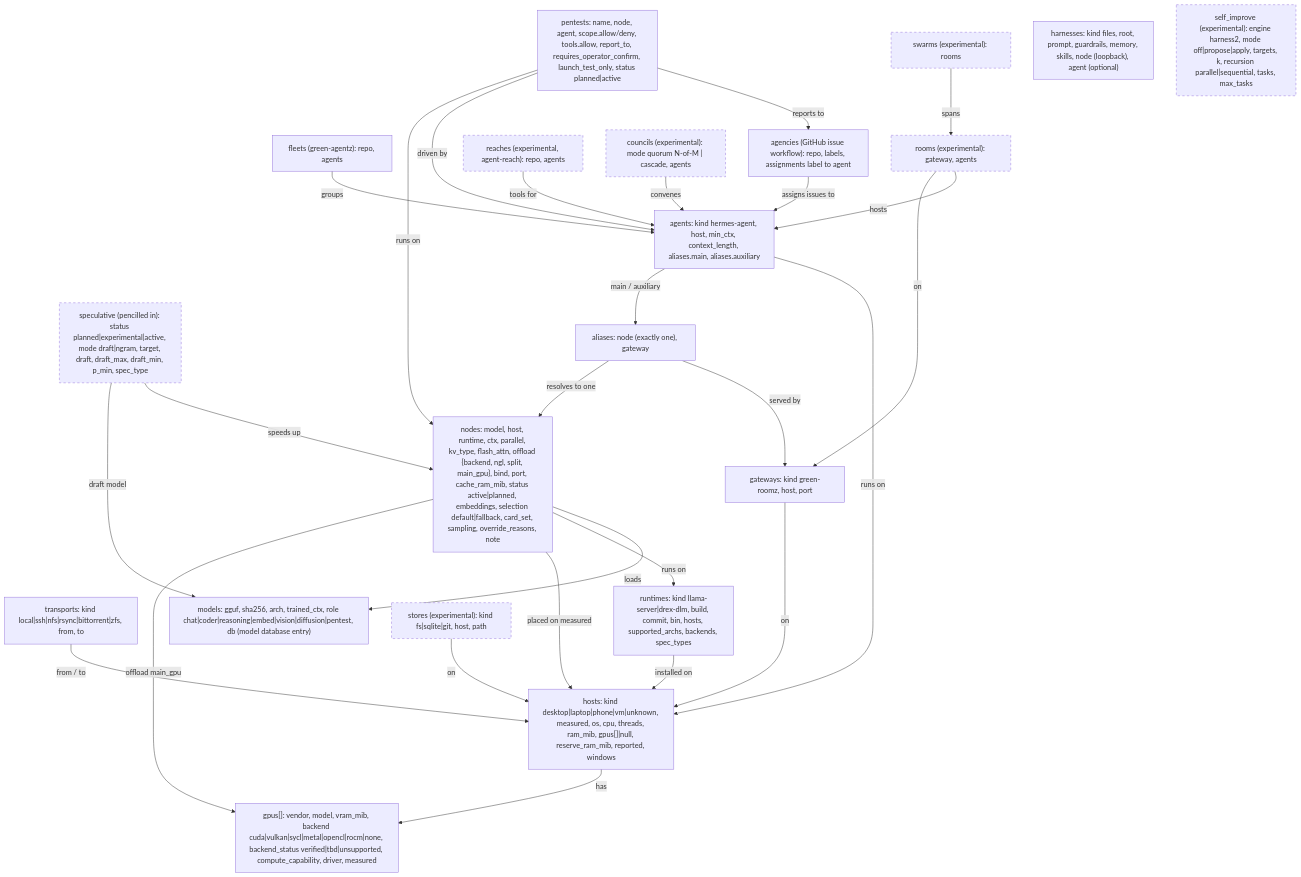
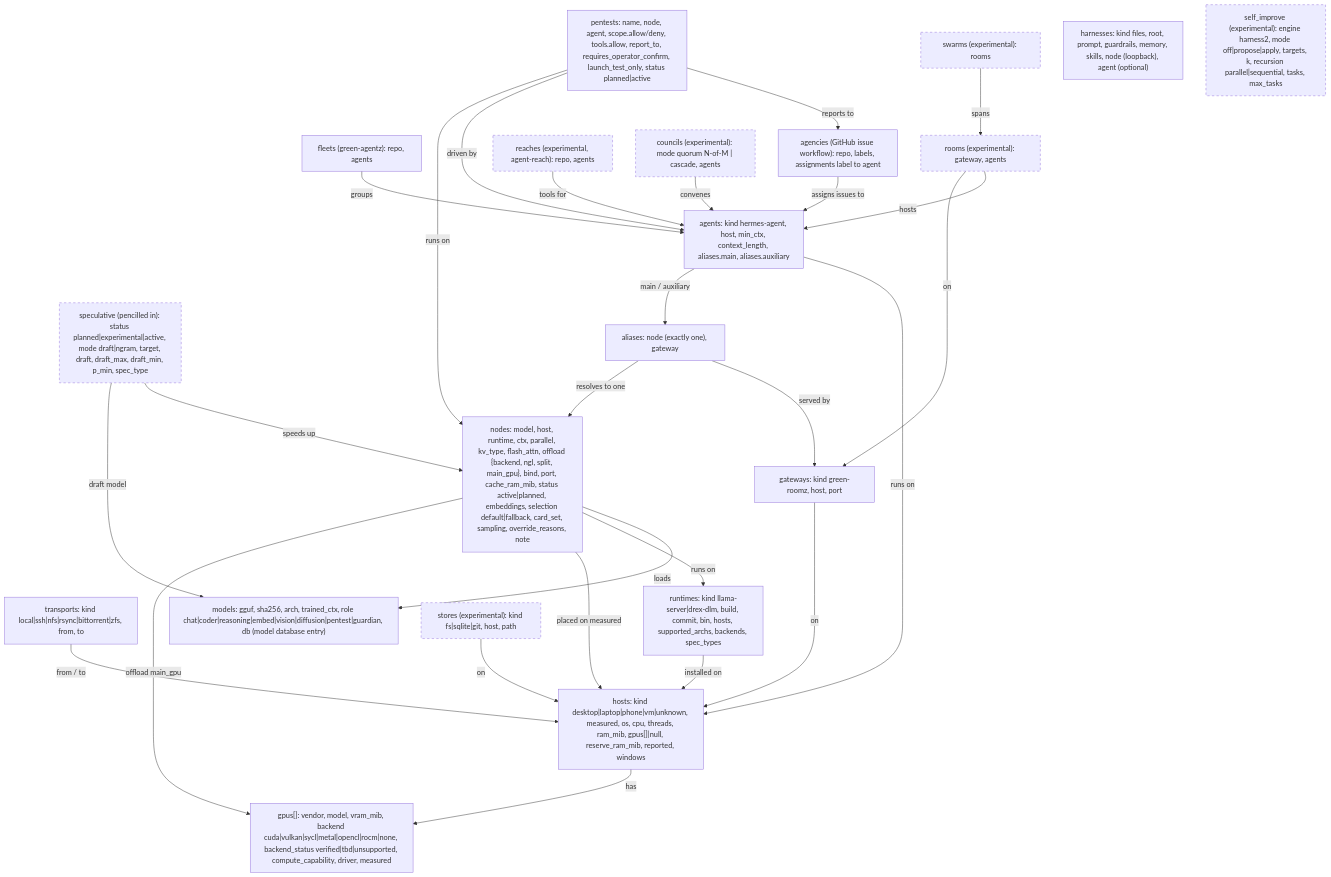
One commit to brianreborn/familia changed the diagram in docs/graph-types.md. Above: the diagram before and after it, drawn with Mermaid. The commit also changed other lines of this file and 17 other files, not shown here.

````diff
--- a/docs/graph-types.md
+++ b/docs/graph-types.md
@@ -20,51 +20,51 @@
 ```mermaid
 graph TD
   host["hosts: kind desktop|laptop|phone|vm|unknown, measured, os, cpu, threads, ram_mib, gpus[]|null, reserve_ram_mib, reported, windows"]
   gpu["gpus[]: vendor, model, vram_mib, backend cuda|vulkan|sycl|metal|opencl|rocm|none, backend_status verified|tbd|unsupported, compute_capability, driver, measured"]
   transport["transports: kind local|ssh|nfs|rsync|bittorrent|zfs, from, to"]
   runtime["runtimes: kind llama-server|drex-dlm, build, commit, bin, hosts, supported_archs, backends, spec_types"]
-  model["models: gguf, sha256, arch, trained_ctx, role chat|coder|reasoning|embed|vision|diffusion|pentest, db (model database entry)"]
+  model["models: gguf, sha256, arch, trained_ctx, role chat|coder|reasoning|embed|vision|diffusion|pentest|guardian, db (model database entry)"]
   node["nodes: model, host, runtime, ctx, parallel, kv_type, flash_attn, offload {backend, ngl, split, main_gpu}, bind, port, cache_ram_mib, status active|planned, embeddings, selection default|fallback, card_set, sampling, override_reasons, note"]
   spec["speculative (pencilled in): status planned|experimental|active, mode draft|ngram, target, draft, draft_max, draft_min, p_min, spec_type"]:::exp
   gateway["gateways: kind green-roomz, host, port"]
   alias["aliases: node (exactly one), gateway"]
   agent["agents: kind hermes-agent, host, min_ctx, context_length, aliases.main, aliases.auxiliary"]
   fleet["fleets (green-agentz): repo, agents"]
   agency["agencies (GitHub issue workflow): repo, labels, assignments label to agent"]
   room["rooms (experimental): gateway, agents"]:::exp
   swarm["swarms (experimental): rooms"]:::exp
   store["stores (experimental): kind fs|sqlite|git, host, path"]:::exp
   reach["reaches (experimental, agent-reach): repo, agents"]:::exp
   council["councils (experimental): mode quorum N-of-M | cascade, agents"]:::exp
   pentest["pentests: name, node, agent, scope.allow/deny, tools.allow, report_to, requires_operator_confirm, launch_test_only, status planned|active"]
   harness["harnesses: kind files, root, prompt, guardrails, memory, skills, node (loopback), agent (optional)"]
   selfimp["self_improve (experimental): engine harness2, mode off|propose|apply, targets, k, recursion parallel|sequential, tasks, max_tasks"]:::exp
 
 
   host -->|has| gpu
   node -->|offload main_gpu| gpu
   spec -->|draft model| model
   spec -->|speeds up| node
   transport -->|from / to| host
   runtime -->|installed on| host
   node -->|placed on measured| host
   node -->|runs on| runtime
   node -->|loads| model
   alias -->|resolves to one| node
   alias -->|served by| gateway
   gateway -->|on| host
   agent -->|main / auxiliary| alias
   agent -->|runs on| host
   fleet -->|groups| agent
   agency -->|assigns issues to| agent
   room -->|on| gateway
   room -->|hosts| agent
   swarm -->|spans| room
   store -->|on| host
   reach -->|tools for| agent
   council -->|convenes| agent
   pentest -->|runs on| node
   pentest -->|driven by| agent
   pentest -->|reports to| agency
   classDef exp stroke-dasharray: 5 5
 ```
````
